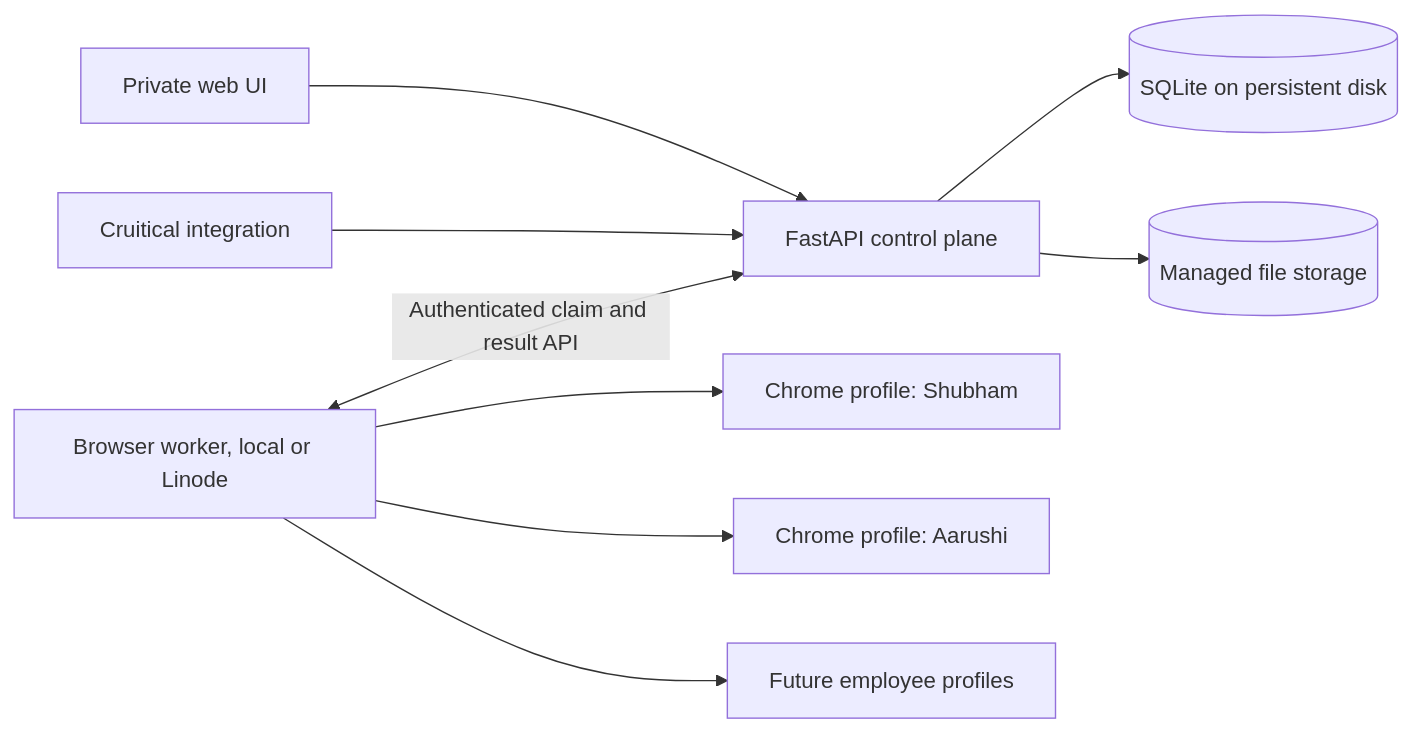
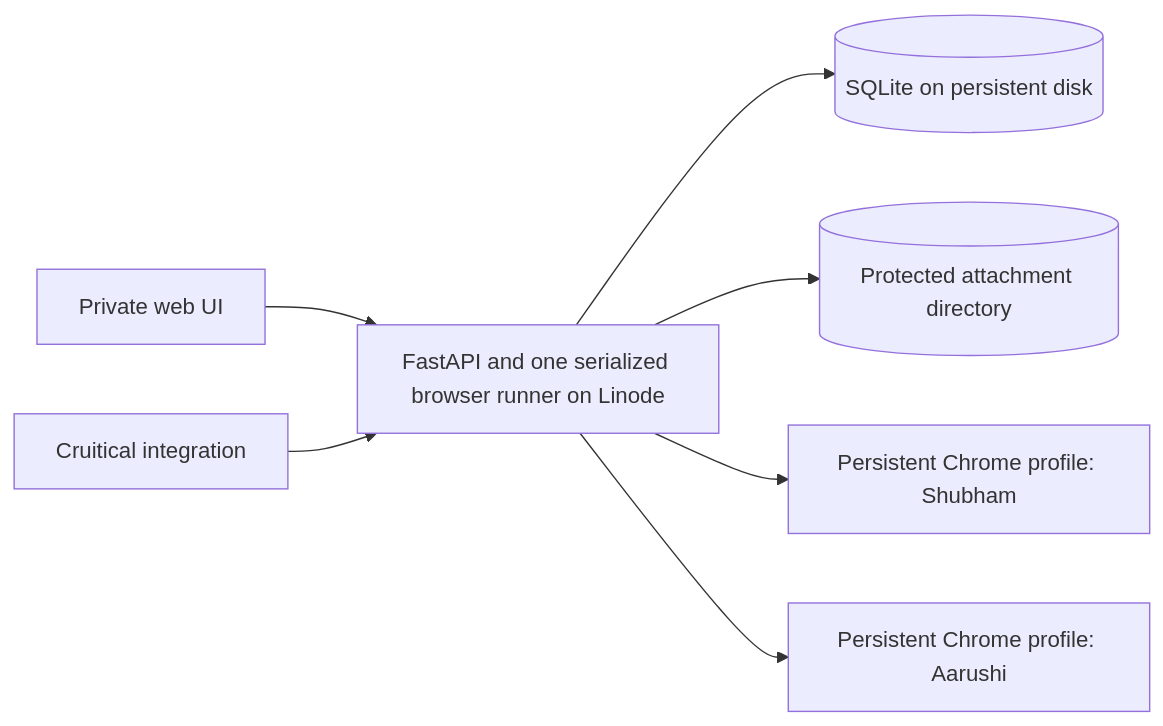
One commit to sunb3am/LinkBound changed the diagram in docs/linkbound-v3-architecture-plan.md. Above: the diagram before and after it, drawn with Mermaid. The commit also changed other lines of this file and 1 other file, not shown here.

````diff
--- a/docs/linkbound-v3-architecture-plan.md
+++ b/docs/linkbound-v3-architecture-plan.md
@@ -31,11 +27,9 @@
 ```mermaid
 flowchart LR
-  UI[Private web UI] --> API[FastAPI control plane]
-  Ext[Cruitical integration] --> API
-  API --> DB[(SQLite on persistent disk)]
-  API --> Files[(Managed file storage)]
-  Worker[Browser worker, local or Linode] <-->|Authenticated claim and result API| API
-  Worker --> P1[Chrome profile: Shubham]
-  Worker --> P2[Chrome profile: Aarushi]
-  Worker --> P3[Future employee profiles]
+  UI[Private web UI] --> App[FastAPI and one serialized browser runner on Linode]
+  App --> DB[(SQLite on persistent disk)]
+  App --> Files[(Protected attachment directory)]
+  App --> P1[Persistent Chrome profile: Shubham]
+  App --> P2[Persistent Chrome profile: Aarushi]
+  Cruitical[Cruitical integration] --> App
 ```
````
